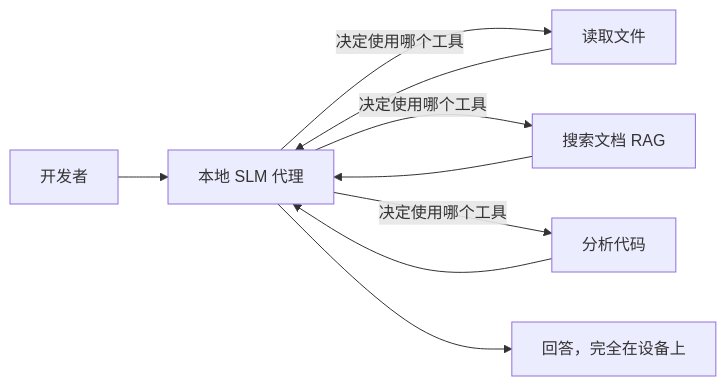
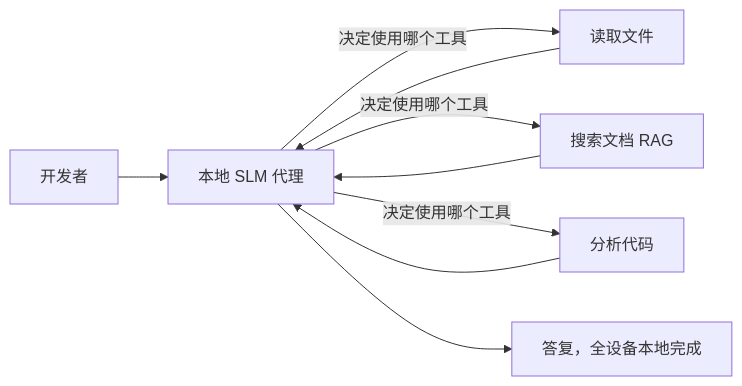
One commit to gabrielmoreira/agent-skills-mirror changed the first of 4 diagrams in mirrors/repos/microsoft@ai-agents-for-beginners/translations/zh-CN/17-creating-local-ai-agents/README.md. Above: the diagram before and after it, drawn with Mermaid. The commit also changed other lines of this file and 4262 other files, not shown here.

````diff
--- a/mirrors/repos/microsoft@ai-agents-for-beginners/translations/zh-CN/17-creating-local-ai-agents/README.md
+++ b/mirrors/repos/microsoft@ai-agents-for-beginners/translations/zh-CN/17-creating-local-ai-agents/README.md
@@ -66,11 +66,11 @@
 ```mermaid
 flowchart LR
     U[开发者] --> A[本地 SLM 代理]
     A -->|决定使用哪个工具| T1[读取文件]
     A -->|决定使用哪个工具| T2[搜索文档 RAG]
     A -->|决定使用哪个工具| T3[分析代码]
     T1 --> A
     T2 --> A
     T3 --> A
-    A --> R[回答，完全在设备上]
+    A --> R[答复，全设备本地完成]
 ```
````
